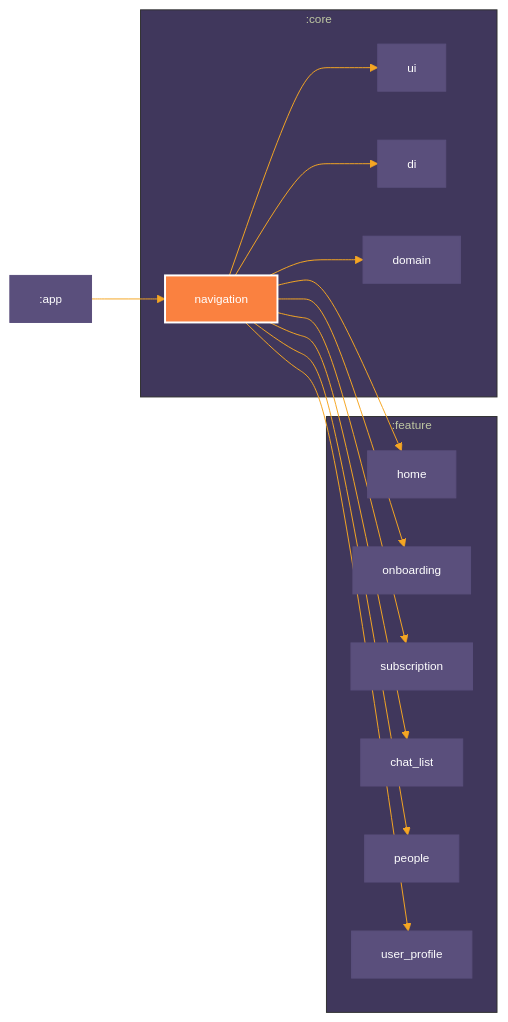
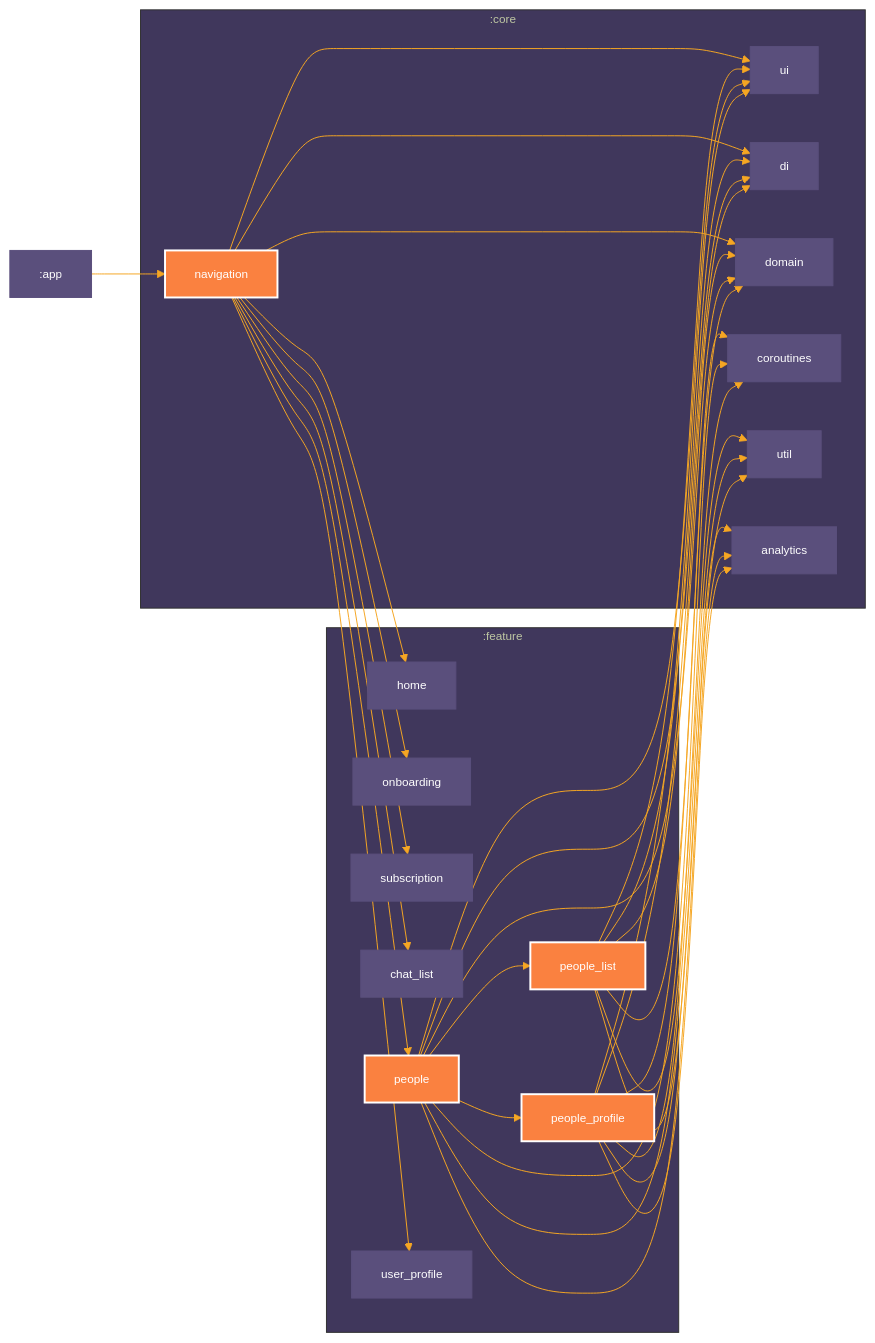
The diagram in README.md (mobiledevpro/closetalk.app), drawn with Mermaid before and after one commit. The commit also changed 1 other file, not shown here.

Commit message:
Focus on navigation and people

````diff
--- a/README.md
+++ b/README.md
@@ -79,37 +79,65 @@
 ```mermaid
 %%{
   init: {
     'theme': 'base',
     'themeVariables': {"primaryTextColor":"#fff","primaryColor":"#5a4f7c","primaryBorderColor":"#5a4f7c","lineColor":"#f5a623","tertiaryColor":"#40375c","fontSize":"12px"}
   }
 }%%
 
 graph LR
   subgraph :core
     :core:navigation["navigation"]
     :core:ui["ui"]
     :core:di["di"]
     :core:domain["domain"]
+    :core:coroutines["coroutines"]
+    :core:util["util"]
+    :core:analytics["analytics"]
   end
   subgraph :feature
     :feature:home["home"]
     :feature:onboarding["onboarding"]
     :feature:subscription["subscription"]
     :feature:chat_list["chat_list"]
     :feature:people["people"]
     :feature:user_profile["user_profile"]
+    :feature:people_list["people_list"]
+    :feature:people_profile["people_profile"]
   end
   :core:navigation --> :core:ui
   :core:navigation --> :core:di
   :core:navigation --> :core:domain
   :core:navigation --> :feature:home
   :core:navigation --> :feature:onboarding
   :core:navigation --> :feature:subscription
   :core:navigation --> :feature:chat_list
   :core:navigation --> :feature:people
   :core:navigation --> :feature:user_profile
+  :feature:people_list --> :core:ui
+  :feature:people_list --> :core:di
+  :feature:people_list --> :core:domain
+  :feature:people_list --> :core:coroutines
+  :feature:people_list --> :core:util
+  :feature:people_list --> :core:analytics
   :app --> :core:navigation
+  :feature:people --> :feature:people_list
+  :feature:people --> :feature:people_profile
+  :feature:people --> :core:ui
+  :feature:people --> :core:di
+  :feature:people --> :core:domain
+  :feature:people --> :core:coroutines
+  :feature:people --> :core:util
+  :feature:people --> :core:analytics
+  :feature:people_profile --> :core:ui
+  :feature:people_profile --> :core:di
+  :feature:people_profile --> :core:domain
+  :feature:people_profile --> :core:coroutines
+  :feature:people_profile --> :core:util
+  :feature:people_profile --> :core:analytics
 
 classDef focus fill:#FA8140,stroke:#fff,stroke-width:2px,color:#fff;
 class :core:navigation focus
+class :feature:people focus
+class :feature:people_list focus
+class :feature:people_profile focus
 ```
````
